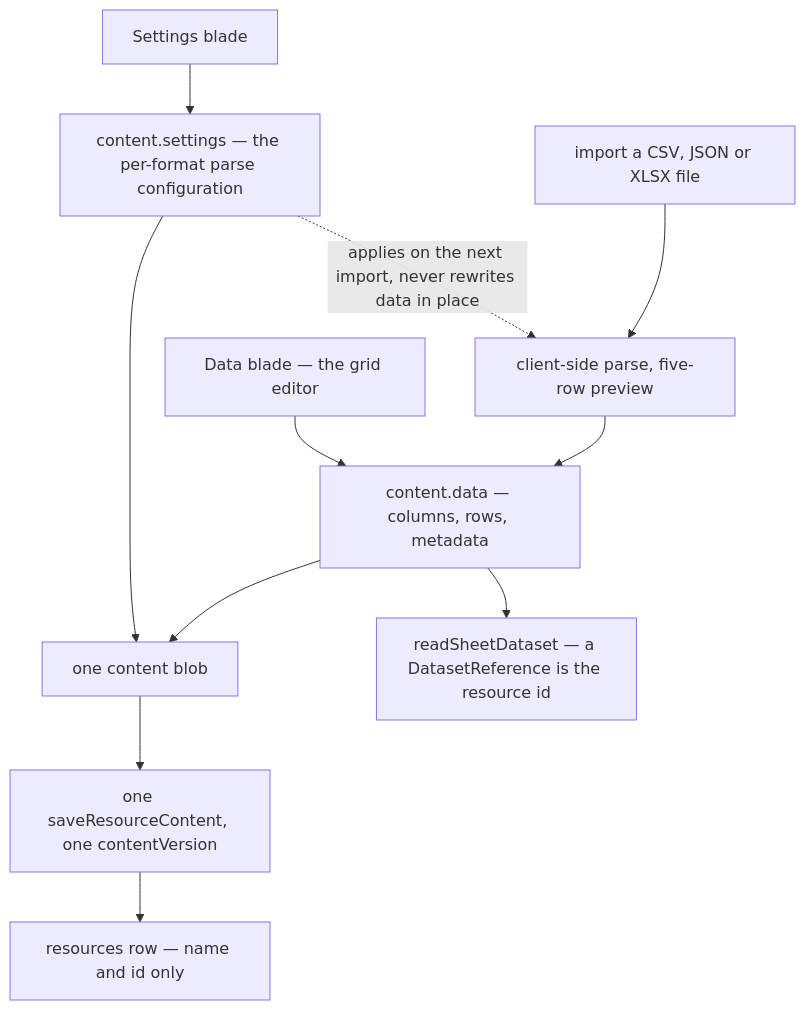
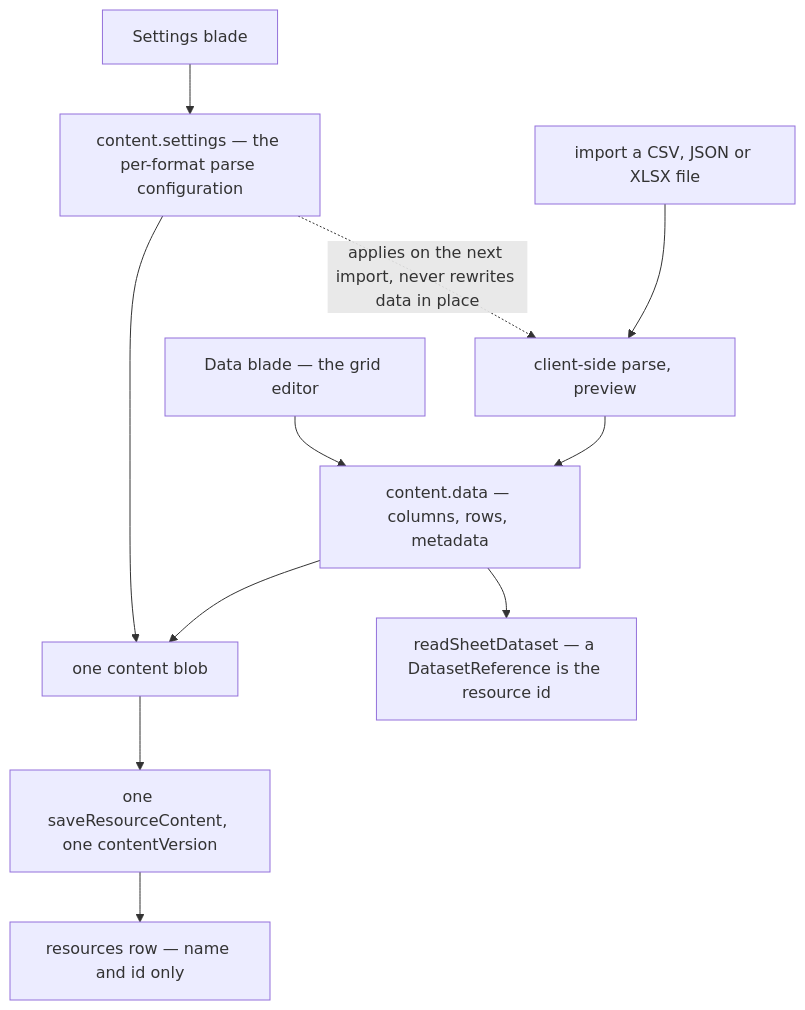
Before and after one commit to Esposter/Esposter: the diagram in openspec/specs/resource/sheet-resource/design.md, drawn with Mermaid. The commit also changed other lines of this file and 66 other files, not shown here.

````diff
--- a/openspec/specs/resource/sheet-resource/design.md
+++ b/openspec/specs/resource/sheet-resource/design.md
@@ -13,14 +13,14 @@
 ```mermaid
 flowchart TD
-  IMPORT["import a CSV, JSON or XLSX file"] --> PARSE["client-side parse, five-row preview"]
+  IMPORT["import a CSV, JSON or XLSX file"] --> PARSE["client-side parse, preview"]
   PARSE --> DATA["content.data — columns, rows, metadata"]
   ROW["resources row — name and id only"]
   SETTINGSFORM["Settings blade"] --> SETTINGS["content.settings — the per-format parse configuration"]
   GRID["Data blade — the grid editor"] --> DATA
   DATA --> BLOB["one content blob"]
   SETTINGS --> BLOB
   BLOB --> SAVE["one saveResourceContent, one contentVersion"]
   SAVE --> ROW
   DATA --> DATASET["readSheetDataset — a DatasetReference is the resource id"]
   SETTINGS -.->|"applies on the next import, never rewrites data in place"| PARSE
 ```
````
